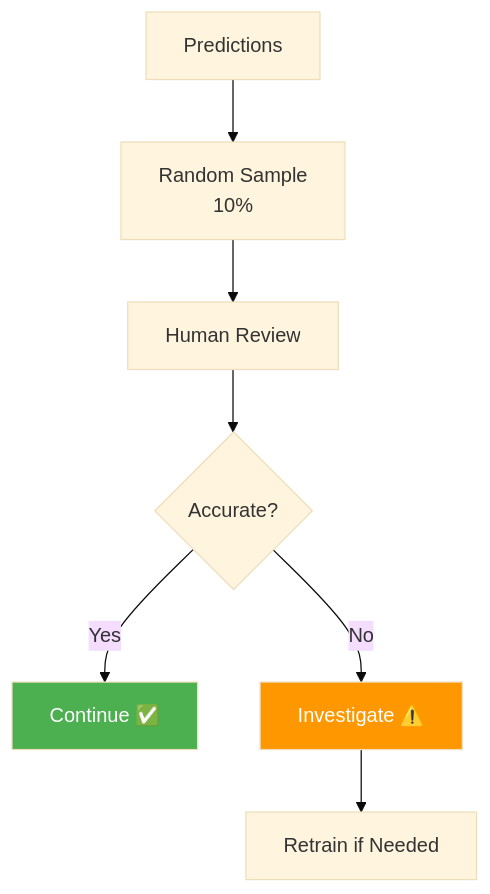
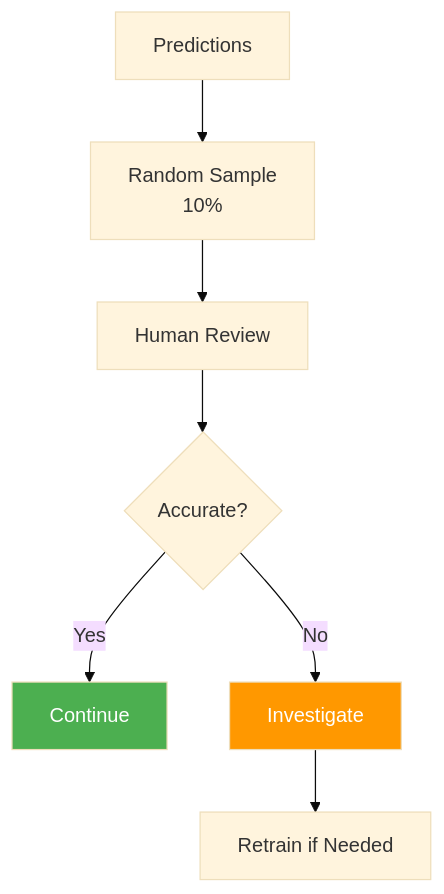
One commit to SITES-spectral/phenocai changed diagram 13 of 19 in docs/workflow_prediction.md. Above: the diagram before and after it, drawn with Mermaid (base theme). The commit also changed other lines of this file and 22 other files, not shown here.

````diff
--- a/docs/workflow_prediction.md
+++ b/docs/workflow_prediction.md
@@ -275,13 +275,13 @@
 ```mermaid
 graph TD
     A[Predictions] --> B[Random Sample<br/>10%]
     B --> C[Human Review]
     C --> D{Accurate?}
-    D -->|Yes| E[Continue ✅]
-    D -->|No| F[Investigate ⚠️]
+    D -->|Yes| E[Continue]
+    D -->|No| F[Investigate]
     
     F --> G[Retrain if Needed]
     
     style E fill:#4caf50,color:#fff
     style F fill:#ff9800,color:#fff
 ```
````
